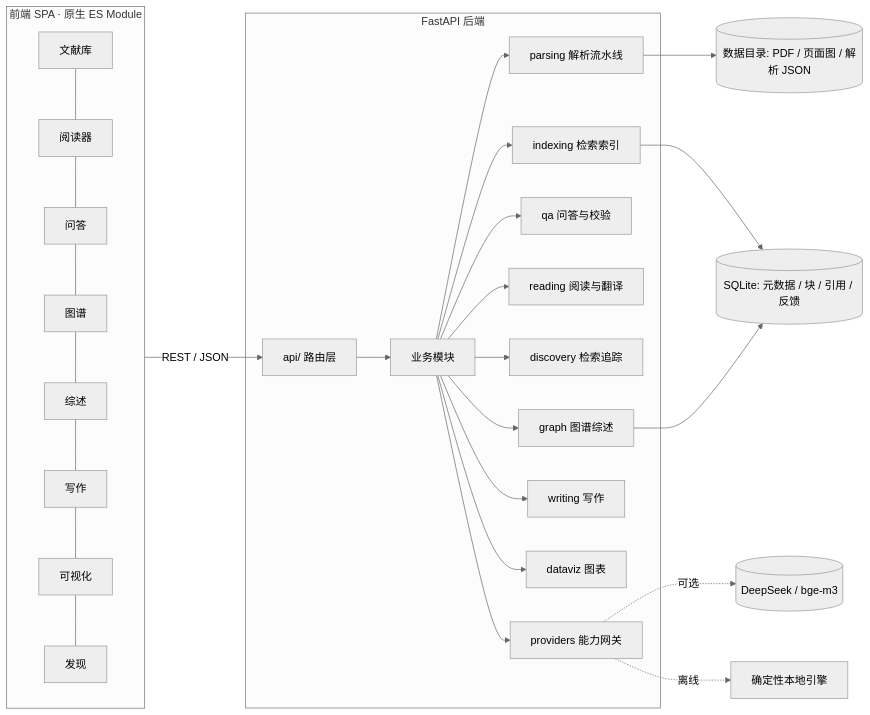
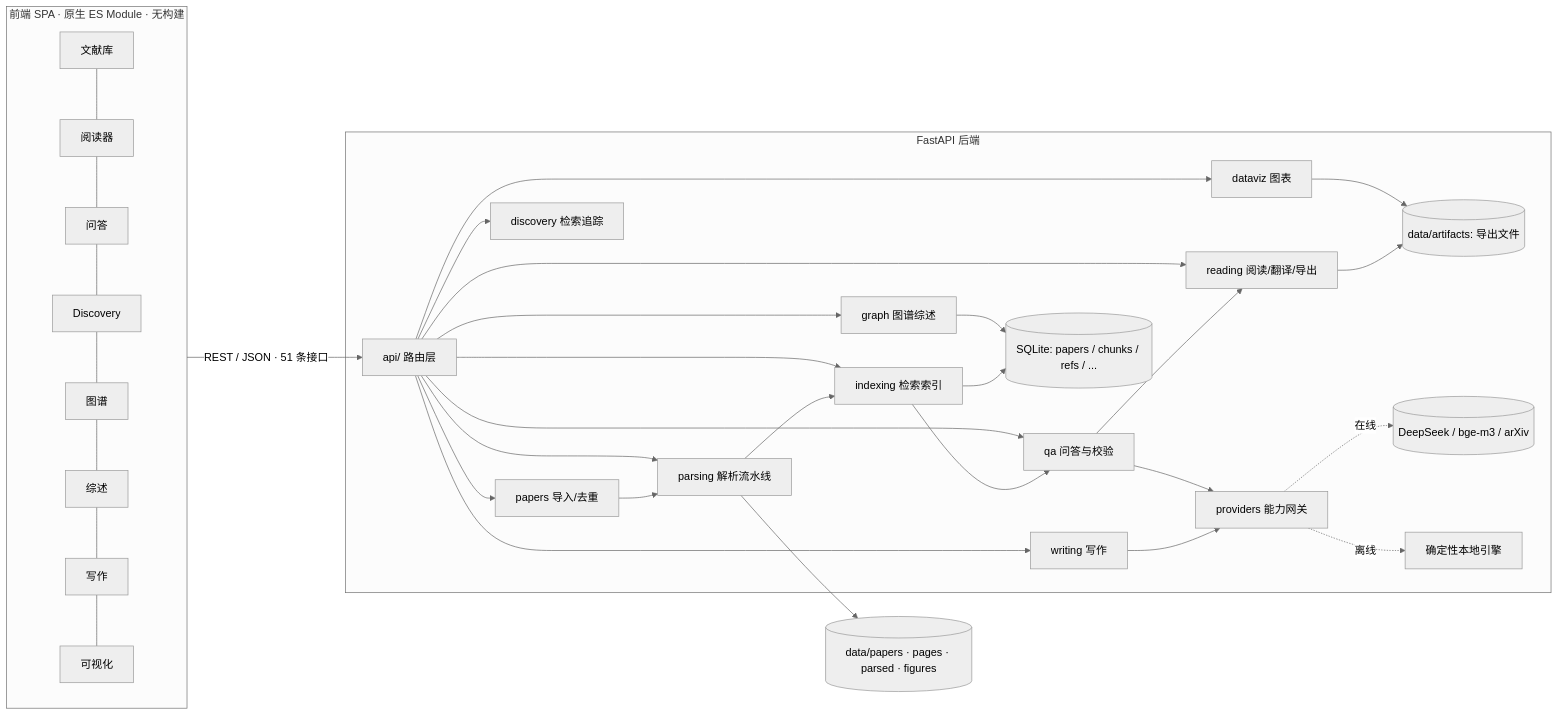
Before and after one commit to cui1001/ai-literature-platform: the diagram in docs/ARCHITECTURE.md, drawn with Mermaid (neutral theme). The commit also changed other lines of this file and 11 other files, not shown here.

First line of the commit message:
docs: 交付文档、一键启动脚本与六张真实截图

````diff
--- a/docs/ARCHITECTURE.md
+++ b/docs/ARCHITECTURE.md
@@ -19,26 +19,34 @@
 ```mermaid
 flowchart LR
-  subgraph FE[前端 SPA · 原生 ES Module]
-    V1[文献库] --- V2[阅读器] --- V3[问答] --- V4[图谱] --- V5[综述] --- V6[写作] --- V7[可视化] --- V8[发现]
+  subgraph FE[前端 SPA · 原生 ES Module · 无构建]
+    V1[文献库] --- V2[阅读器] --- V3[问答] --- V4[Discovery]
+    V4 --- V5[图谱] --- V6[综述] --- V7[写作] --- V8[可视化]
   end
-  FE -->|REST / JSON| API
+  FE -->|REST / JSON · 51 条接口| API
 
   subgraph BE[FastAPI 后端]
-    API[api/ 路由层] --> SVC[业务模块]
-    SVC --> PARS[parsing 解析流水线]
-    SVC --> IDX[indexing 检索索引]
-    SVC --> QA[qa 问答与校验]
-    SVC --> RD[reading 阅读与翻译]
-    SVC --> DS[discovery 检索追踪]
-    SVC --> GR[graph 图谱综述]
-    SVC --> WR[writing 写作]
-    SVC --> DV[dataviz 图表]
-    SVC --> PROV[providers 能力网关]
+    API[api/ 路由层] --> PAPERS[papers 导入/去重]
+    API --> PARS[parsing 解析流水线]
+    API --> IDX[indexing 检索索引]
+    API --> QA[qa 问答与校验]
+    API --> RD[reading 阅读/翻译/导出]
+    API --> DS[discovery 检索追踪]
+    API --> GR[graph 图谱综述]
+    API --> WR[writing 写作]
+    API --> DV[dataviz 图表]
+    PAPERS --> PARS
+    PARS --> IDX
+    IDX --> QA
+    QA --> RD
+    GR --> DB
+    DV --> FS2
+    PROV[providers 能力网关] -.在线.-> EXT[(DeepSeek / bge-m3 / arXiv)]
+    PROV -.离线.-> OFF[确定性本地引擎]
+    QA --> PROV
+    WR --> PROV
   end
 
-  PARS --> FS[(数据目录: PDF / 页面图 / 解析 JSON)]
-  IDX --> DB[(SQLite: 元数据 / 块 / 引用 / 反馈)]
-  GR --> DB
-  PROV -.可选.-> LLM[(DeepSeek / bge-m3)]
-  PROV -.离线.-> OFF[确定性本地引擎]
+  PARS --> FS[(data/papers · pages · parsed · figures)]
+  IDX --> DB[(SQLite: papers / chunks / refs / ...)]
+  RD --> FS2[(data/artifacts: 导出文件)]
 ```
````
